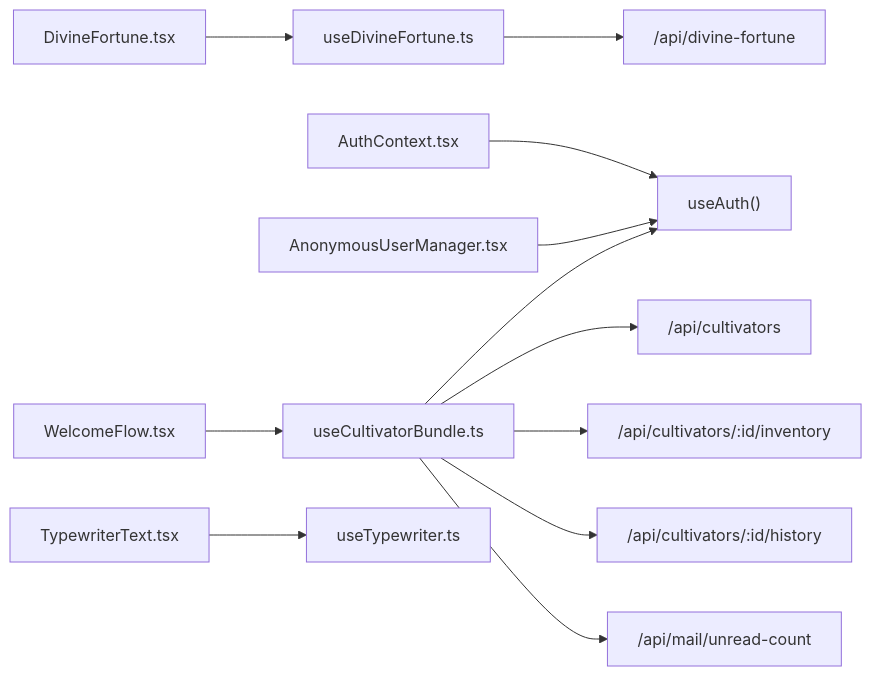
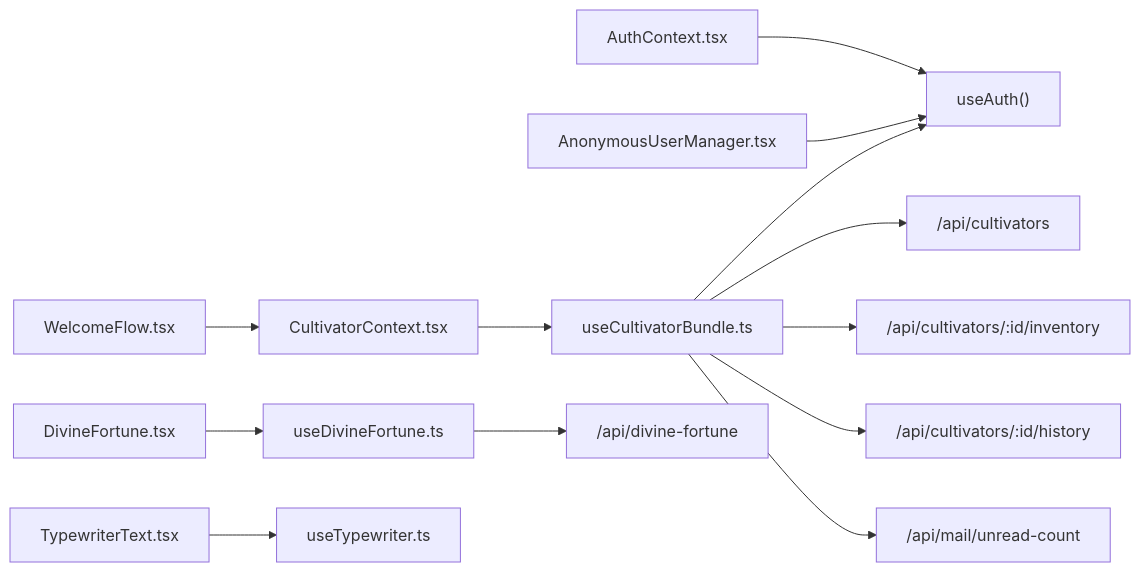
One commit to ChurchTao/Daoyou changed the seventh of 7 diagrams in .qoder/repowiki/zh/content/前端架构/状态管理.md. Above: the diagram before and after it, drawn with Mermaid. The commit also changed other lines of this file and 14 other files, not shown here.

````diff
--- a/.qoder/repowiki/zh/content/前端架构/状态管理.md
+++ b/.qoder/repowiki/zh/content/前端架构/状态管理.md
@@ -332,14 +363,15 @@
 ```mermaid
 graph LR
 Auth["AuthContext.tsx"] --> useAuth["useAuth()"]
 Anon["AnonymousUserManager.tsx"] --> useAuth
 C["useCultivatorBundle.ts"] --> useAuth
 C --> API1["/api/cultivators"]
 C --> API2["/api/cultivators/:id/inventory"]
 C --> API3["/api/cultivators/:id/history"]
 C --> API4["/api/mail/unread-count"]
+CC["CultivatorContext.tsx"] --> C
 F["useDivineFortune.ts"] --> API5["/api/divine-fortune"]
 DF["DivineFortune.tsx"] --> F
 TT["TypewriterText.tsx"] --> T["useTypewriter.ts"]
-WF["WelcomeFlow.tsx"] --> C
+WF["WelcomeFlow.tsx"] --> CC
 ```
````
